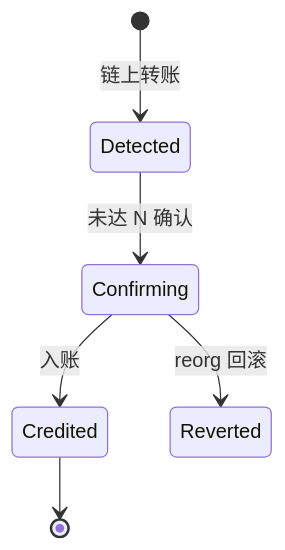
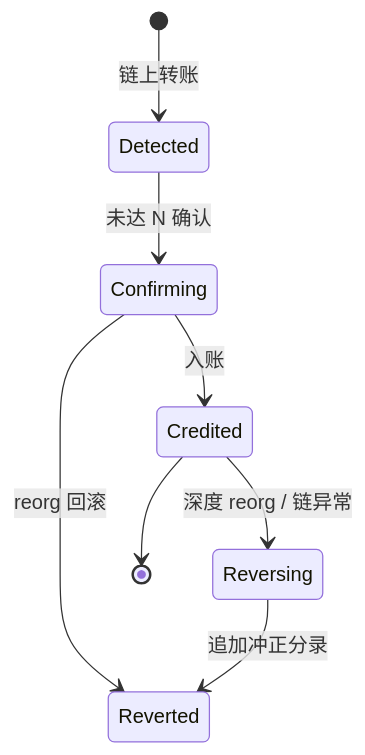
The diagram in docs/interview/14-dex-cex-engineering/S-EXCH-02-deposit-withdraw-wallet.md (twodog-tt/Golang-development-manual), drawn with Mermaid before and after one commit. The commit also changed other lines of this file and 438 other files, not shown here.

````diff
--- a/docs/interview/14-dex-cex-engineering/S-EXCH-02-deposit-withdraw-wallet.md
+++ b/docs/interview/14-dex-cex-engineering/S-EXCH-02-deposit-withdraw-wallet.md
@@ -32,8 +35,10 @@
 ```mermaid
 stateDiagram-v2
   [*] --> Detected: 链上转账
   Detected --> Confirming: 未达 N 确认
   Confirming --> Credited: 入账
   Confirming --> Reverted: reorg 回滚
+  Credited --> Reversing: 深度 reorg / 链异常
+  Reversing --> Reverted: 追加冲正分录
   Credited --> [*]
 ```
````
